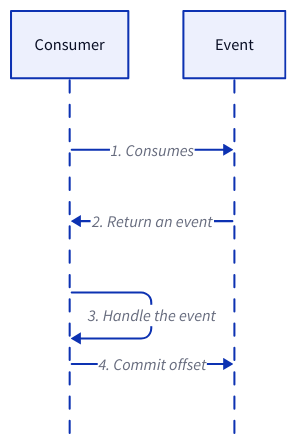
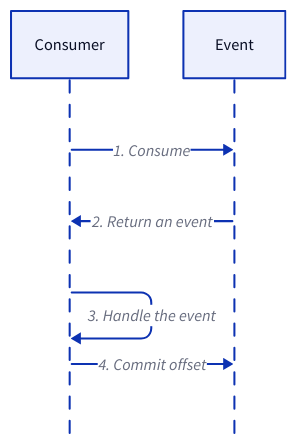
One commit to link1905/system-design-101 changed diagram 18 of 30 in content/docs/data-persistence/event-streaming-platform.md. Above: the diagram before and after it, drawn with D2. The commit also changed other lines of this file and 7 other files, not shown here.

````diff
--- a/content/docs/data-persistence/event-streaming-platform.md
+++ b/content/docs/data-persistence/event-streaming-platform.md
@@ -561,14 +558,13 @@
 ```d2
-
 shape: sequence_diagram
 c: Consumer {
     class: client
 }
 q: Event {
     class: mq
 }
-c -> q: 1. Consumes
+c -> q: 1. Consume
 q -> c: 2. Return an event
 c -> c: 3. Handle the event
 c -> q: 4. Commit offset
 ```
````
